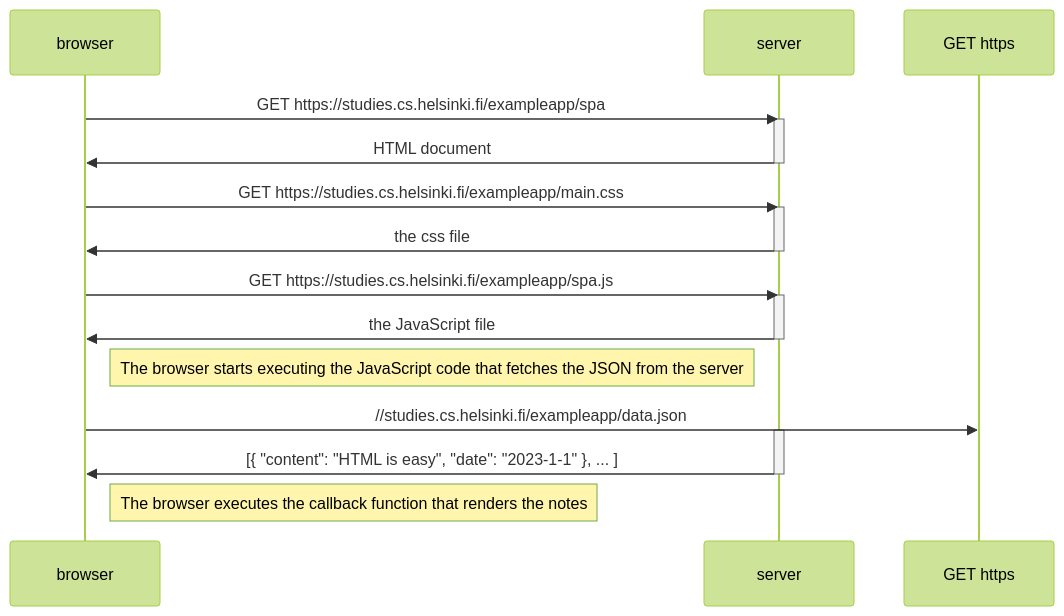
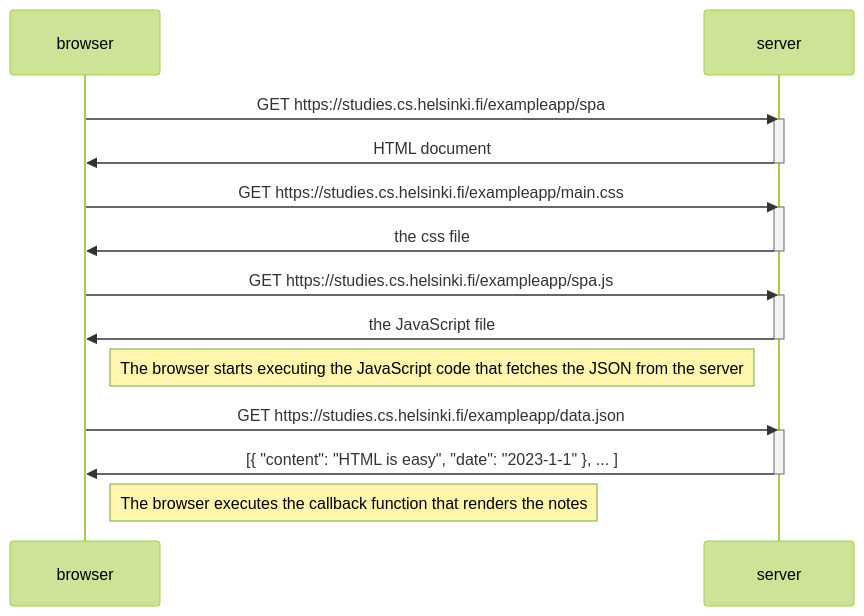
The diagram in part0/SinglePageAppDiagram05.md (samlee9898/fullstackopen), drawn with Mermaid (forest theme) before and after one commit. The commit also changed 1 other file, not shown here.

Commit message:
fixed minor errors

````diff
--- a/part0/SinglePageAppDiagram05.md
+++ b/part0/SinglePageAppDiagram05.md
@@ -1,29 +1,29 @@
 ```mermaid
 sequenceDiagram
   participant browser
   participant server
 
   browser->>server: GET https://studies.cs.helsinki.fi/exampleapp/spa
   activate server
   server->>browser: HTML document
   deactivate server
 
   browser->>server: GET https://studies.cs.helsinki.fi/exampleapp/main.css
   activate server
   server->>browser: the css file
   deactivate server
 
   browser->>server: GET https://studies.cs.helsinki.fi/exampleapp/spa.js
   activate server
   server->>browser: the JavaScript file
   deactivate server
 
   Note right of browser: The browser starts executing the JavaScript code that fetches the JSON from the server
 
-  browser->> GET https://studies.cs.helsinki.fi/exampleapp/data.json
+  browser->>server: GET https://studies.cs.helsinki.fi/exampleapp/data.json
   activate server
   server->>browser:[{ "content": "HTML is easy", "date": "2023-1-1" }, ... ]
   deactivate server
 
   Note right of browser: The browser executes the callback function that renders the notes
 ```
````
